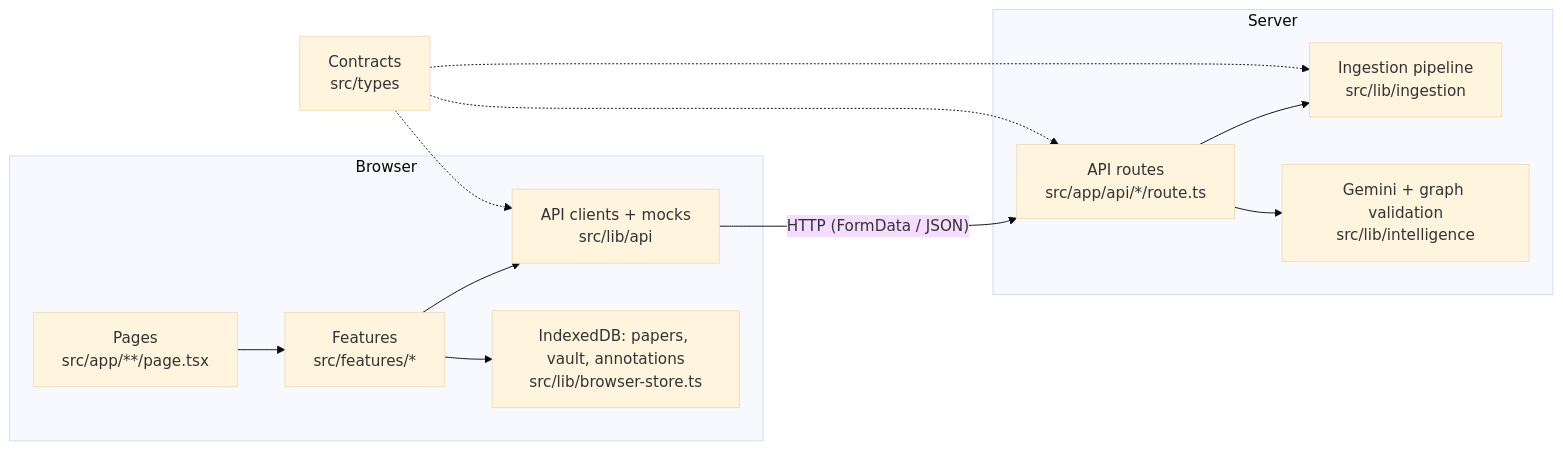
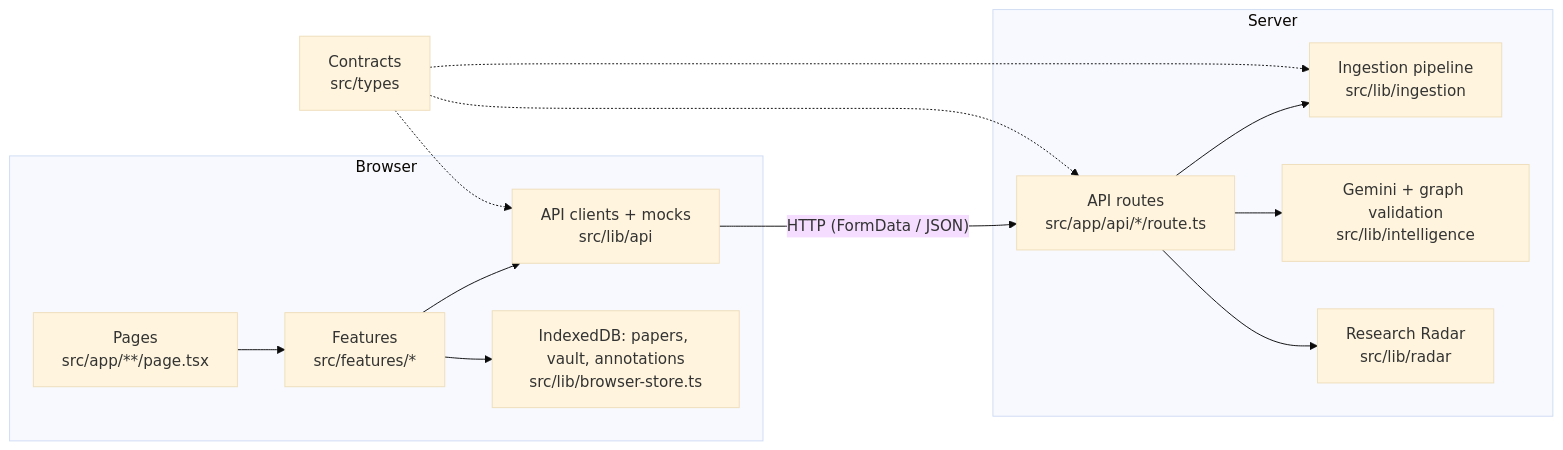
One commit to builtbybayn/hack-26 changed the diagram in docs/ARCHITECTURE.md. Above: the diagram before and after it, drawn with Mermaid (base theme). The commit also changed other lines of this file and 23 other files, not shown here.

Commit message:
Add project-aware Research Radar

````diff
--- a/docs/ARCHITECTURE.md
+++ b/docs/ARCHITECTURE.md
@@ -6,27 +6,29 @@
 ```mermaid
 flowchart LR
   subgraph Browser
     Page["Pages<br/>src/app/**/page.tsx"]
     Feature["Features<br/>src/features/*"]
     Client["API clients + mocks<br/>src/lib/api"]
     Store["IndexedDB: papers, vault, annotations<br/>src/lib/browser-store.ts"]
   end
 
   subgraph Server
     Route["API routes<br/>src/app/api/*/route.ts"]
     Ingestion["Ingestion pipeline<br/>src/lib/ingestion"]
     Intelligence["Gemini + graph validation<br/>src/lib/intelligence"]
+    Radar["Research Radar<br/>src/lib/radar"]
   end
 
   Types["Contracts<br/>src/types"]
 
   Page --> Feature
   Feature --> Client
   Client -- "HTTP (FormData / JSON)" --> Route
   Route --> Ingestion
   Route --> Intelligence
+  Route --> Radar
   Feature --> Store
   Types -.-> Client
   Types -.-> Route
   Types -.-> Ingestion
 ```
````
